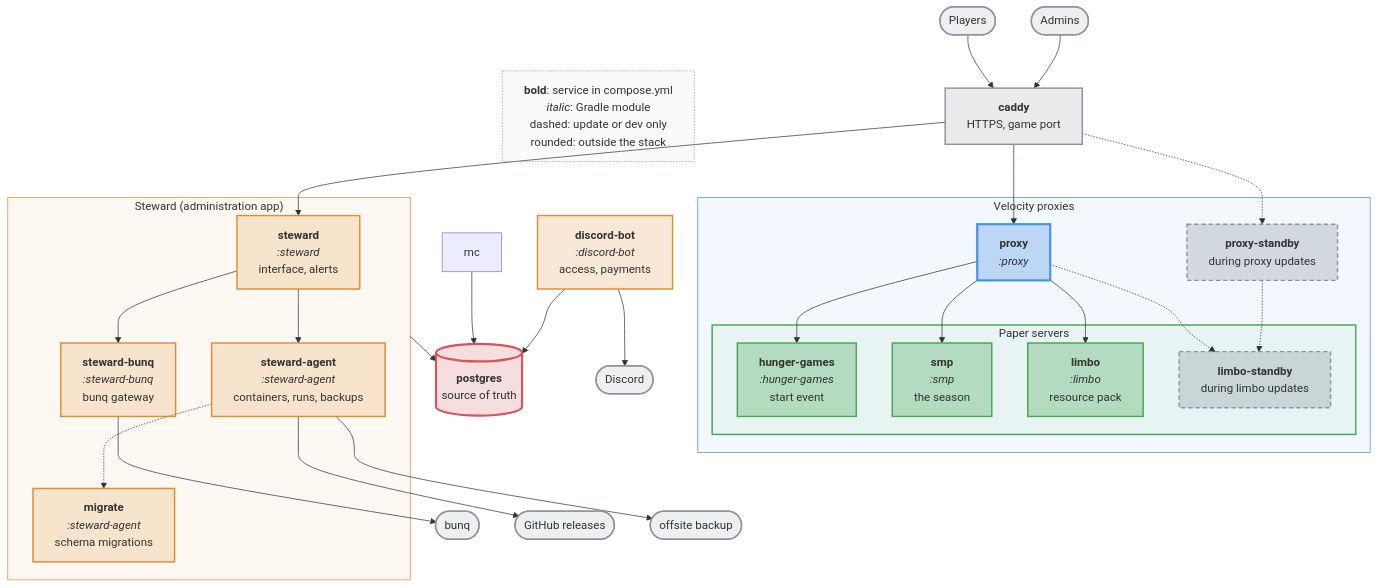
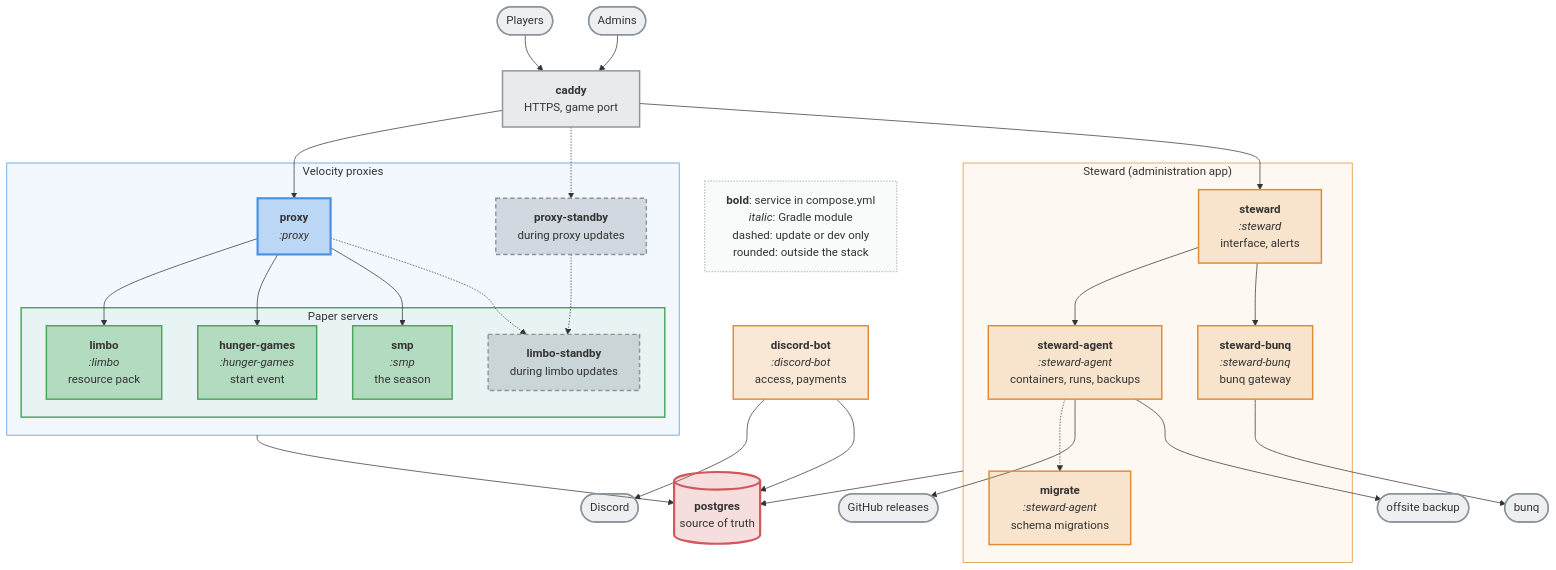
The diagram in README.md (nordtal/season-2), drawn with Mermaid before and after one commit.

Commit message:
fix: change legacy mermaid key mc to vlc

````diff
--- a/README.md
+++ b/README.md
@@ -17,70 +17,70 @@
 ```mermaid
 %%{init: {'themeVariables': {'fontSize': '16px'}, 'flowchart': {'wrappingWidth': 240, 'diagramPadding': 8}}}%%
 flowchart TB
     LEG["<b>bold</b>: service in compose.yml<br/><i>italic</i>: Gradle module<br/>dashed: update or dev only<br/>rounded: outside the stack"]:::key
     players(["Players"]):::ext
     admins(["Admins"]):::ext
     CADDY["<b>caddy</b><br/>HTTPS, game port"]:::entry
 
     subgraph vlc["Velocity proxies"]
         NC["<b>proxy</b><br/><i>:proxy</i>"]:::proxy
         NCS["<b>proxy-standby</b><br/>during proxy updates"]:::standby
 
         subgraph ppr["Paper servers"]
             HG["<b>hunger-games</b><br/><i>:hunger-games</i><br/>start event"]:::paper
             SMP["<b>smp</b><br/><i>:smp</i><br/>the season"]:::paper
             LIMBO["<b>limbo</b><br/><i>:limbo</i><br/>resource pack"]:::paper
             LIMBOS["<b>limbo-standby</b><br/>during limbo updates"]:::standby
         end
     end
 
     subgraph st["Steward (administration app)"]
         UPD["<b>steward</b><br/><i>:steward</i><br/>interface, alerts"]:::app
         DEP["<b>steward-agent</b><br/><i>:steward-agent</i><br/>containers, runs, backups"]:::app
         BANK["<b>steward-bunq</b><br/><i>:steward-bunq</i><br/>bunq gateway"]:::app
         MIG["<b>migrate</b><br/><i>:steward-agent</i><br/>schema migrations"]:::app
     end
 
     BOT["<b>discord-bot</b><br/><i>:discord-bot</i><br/>access, payments"]:::app
     PG[("<b>postgres</b><br/>source of truth")]:::db
 
     bunq(["bunq"]):::ext
     discord(["Discord"]):::ext
     gh(["GitHub releases"]):::ext
     offsite(["offsite backup"]):::ext
 
     players --> CADDY
     admins --> CADDY
     CADDY --> NC
     CADDY -.-> NCS
     CADDY --> UPD
     NC --> LIMBO
     NC --> HG
     NC --> SMP
     NC -.-> LIMBOS
     NCS -.->  LIMBOS
     UPD --> DEP
     UPD --> BANK
     BANK --> bunq
     DEP -.-> MIG
     DEP --> gh
     DEP --> offsite
     LEG ~~~ BOT
     BOT --> discord
-    mc --> PG
+    vlc --> PG
     BOT --> PG
     st --> PG
 
     classDef key fill:#8b949e0d,stroke:#8b949e,stroke-width:1px,stroke-dasharray:2 2
     classDef ext fill:#8b949e26,stroke:#8b949e,stroke-width:2px
     classDef entry fill:#8b949e33,stroke:#8b949e,stroke-width:2px
     classDef proxy fill:#4a90e253,stroke:#4a90e2,stroke-width:3px
     classDef paper fill:#46a75853,stroke:#46a758,stroke-width:2px
     classDef standby fill:#8b949e53,stroke:#8b949e,stroke-width:2px,stroke-dasharray:6 4
     classDef app fill:#e08c3433,stroke:#e08c34,stroke-width:2px
     classDef db fill:#d2565b33,stroke:#d2565b,stroke-width:3px
     classDef side fill:#8b949e1a,stroke:#8b949e,stroke-width:1px,stroke-dasharray:3 3
     style vlc fill:#4a90e210,stroke:#4a90e2,stroke-width:1px
     style ppr fill:#46a75810,stroke:#46a758,stroke-width:2px
     style st fill:#e08c3410,stroke:#e08c34,stroke-width:1px
 ```
````
